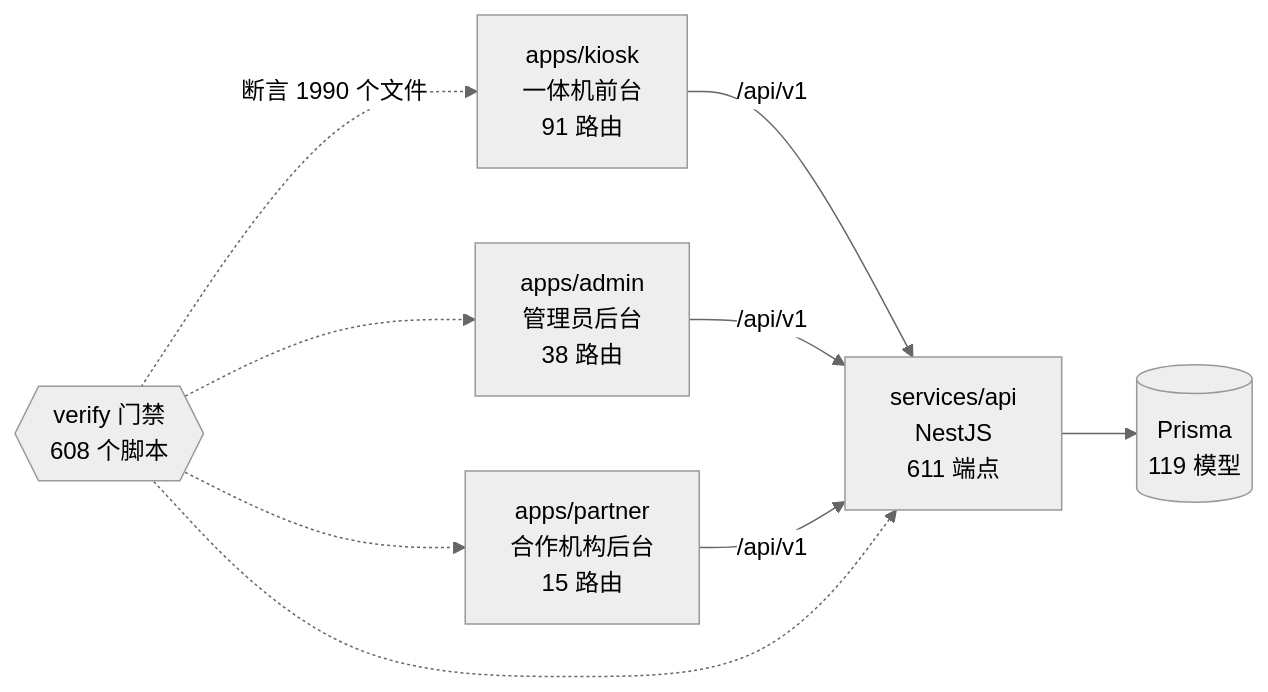
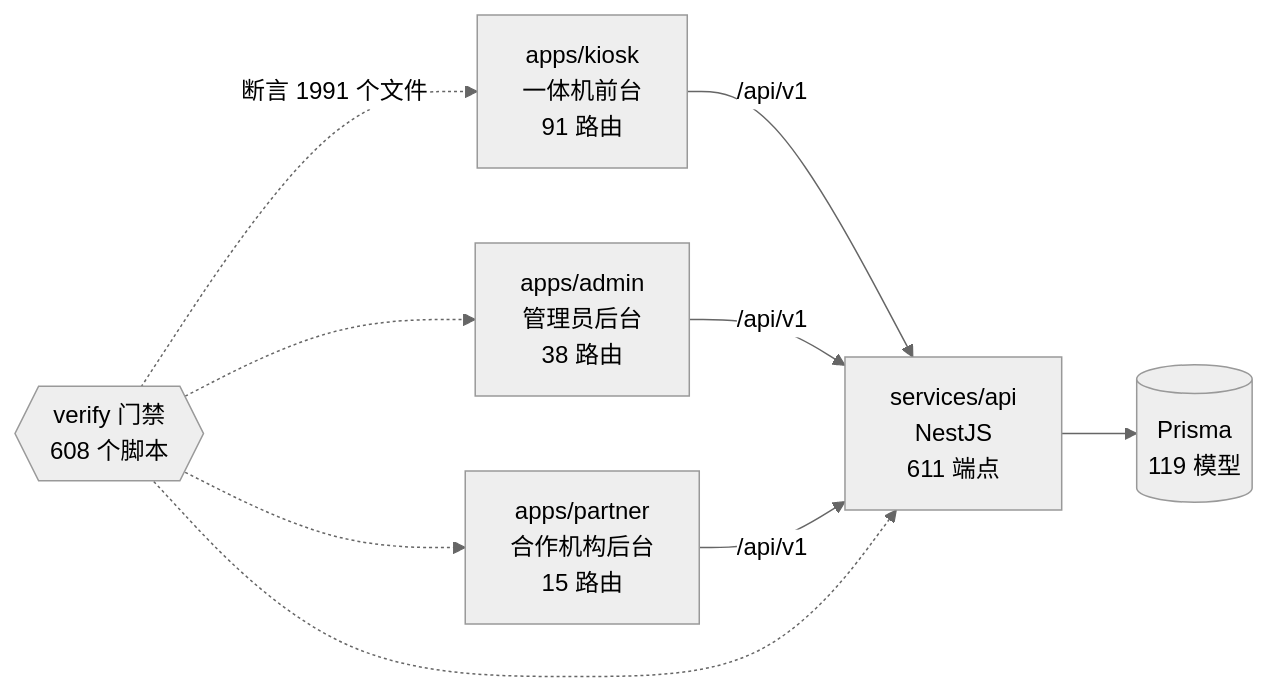
Before and after one commit to wanglei581/YITIJI: the diagram in docs/graph/README.md, drawn with Mermaid (neutral theme). The commit also changed other lines of this file and 2 other files, not shown here.

Commit message:
chore(graph): 断网定字这一段补上项目图谱
页内预览门禁新引用的文件此前没进图谱。

````diff
--- a/docs/graph/README.md
+++ b/docs/graph/README.md
@@ -68,18 +68,18 @@
 ```mermaid
 flowchart LR
   kiosk["apps/kiosk<br/>一体机前台<br/>91 路由"]
   admin["apps/admin<br/>管理员后台<br/>38 路由"]
   partner["apps/partner<br/>合作机构后台<br/>15 路由"]
   api["services/api<br/>NestJS<br/>611 端点"]
   db[("Prisma<br/>119 模型")]
   gates{{"verify 门禁<br/>608 个脚本"}}
 
   kiosk -->|"/api/v1"| api
   admin -->|"/api/v1"| api
   partner -->|"/api/v1"| api
   api --> db
-  gates -.->|"断言 1990 个文件"| kiosk
+  gates -.->|"断言 1991 个文件"| kiosk
   gates -.-> admin
   gates -.-> partner
   gates -.-> api
 ```
````
